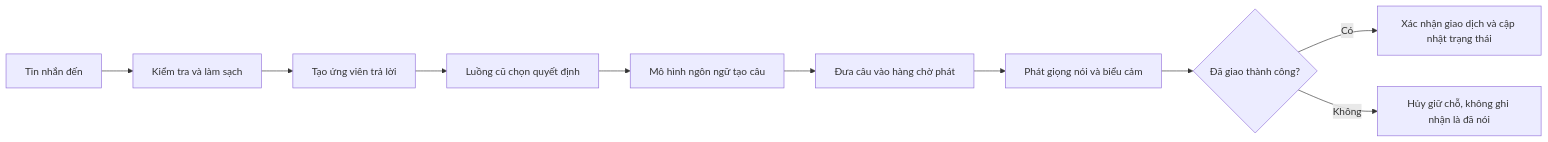
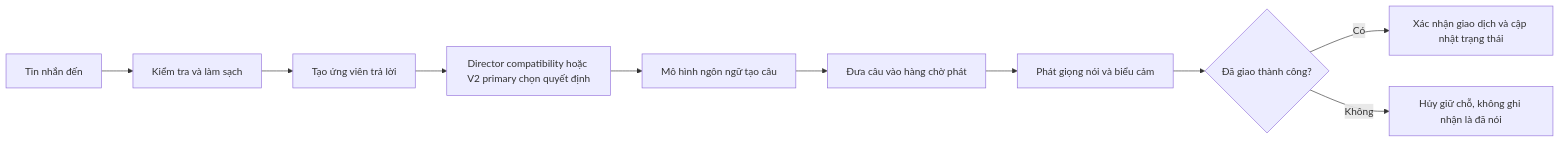
Before and after one commit to nguyenquang19/VTUBER_PROJECT: the second of 8 diagrams in v2.0/docs/MAI_V2_SYSTEM_SPEC.md, drawn with Mermaid. The commit also changed other lines of this file and 6 other files, not shown here.

````diff
--- a/v2.0/docs/MAI_V2_SYSTEM_SPEC.md
+++ b/v2.0/docs/MAI_V2_SYSTEM_SPEC.md
@@ -222,12 +229,12 @@
 ```mermaid
 flowchart LR
     A["Tin nhắn đến"] --> B["Kiểm tra và làm sạch"]
     B --> C["Tạo ứng viên trả lời"]
-    C --> D["Luồng cũ chọn quyết định"]
+    C --> D["Director compatibility hoặc V2 primary chọn quyết định"]
     D --> E["Mô hình ngôn ngữ tạo câu"]
     E --> F["Đưa câu vào hàng chờ phát"]
     F --> G["Phát giọng nói và biểu cảm"]
     G --> H{"Đã giao thành công?"}
     H -- "Có" --> I["Xác nhận giao dịch và cập nhật trạng thái"]
     H -- "Không" --> J["Hủy giữ chỗ, không ghi nhận là đã nói"]
 ```
````
